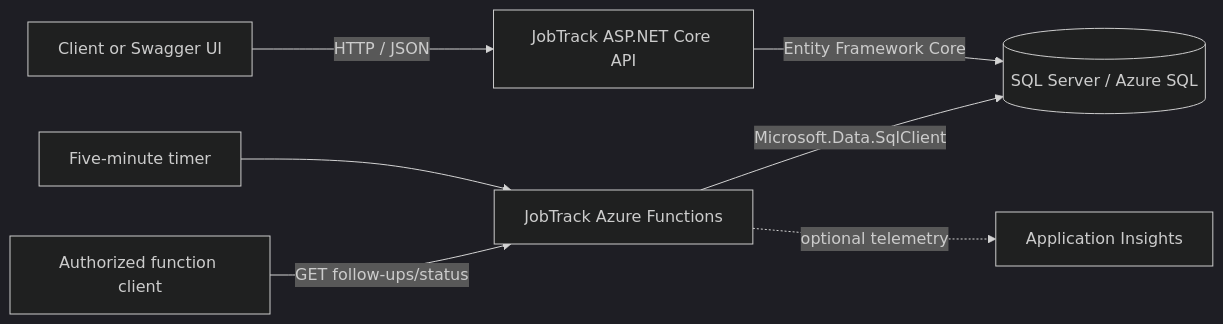
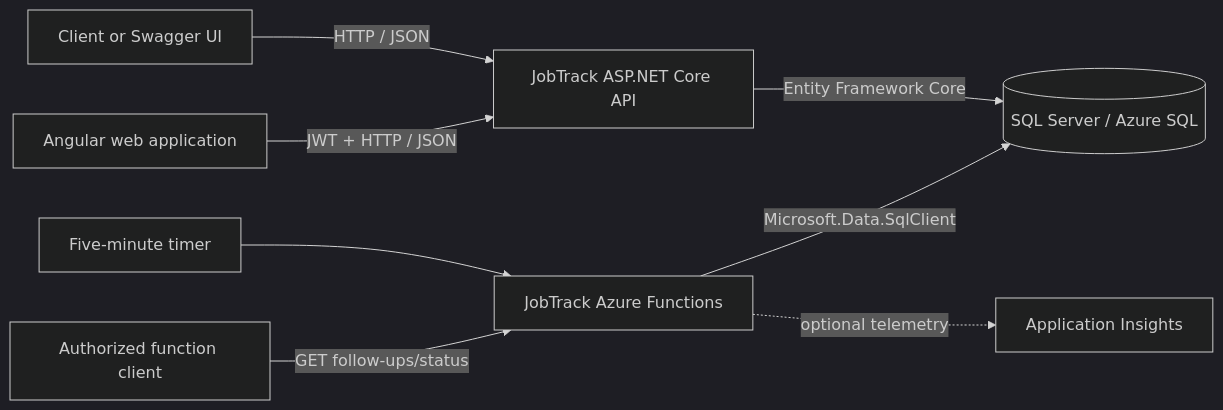
The diagram in README.md (deeneshchowdhary/JobTrack), drawn with Mermaid (dark theme) before and after one commit. The commit also changed other lines of this file and 38 other files, not shown here.

````diff
--- a/README.md
+++ b/README.md
@@ -29,9 +32,10 @@
 ```mermaid
 flowchart LR
     Client[Client or Swagger UI] -->|HTTP / JSON| API[JobTrack ASP.NET Core API]
+    Web[Angular web application] -->|JWT + HTTP / JSON| API
     API -->|Entity Framework Core| DB[(SQL Server / Azure SQL)]
     Timer[Five-minute timer] --> Functions[JobTrack Azure Functions]
     FunctionClient[Authorized function client] -->|GET follow-ups/status| Functions
     Functions -->|Microsoft.Data.SqlClient| DB
     Functions -. optional telemetry .-> AppInsights[Application Insights]
 ```
````
